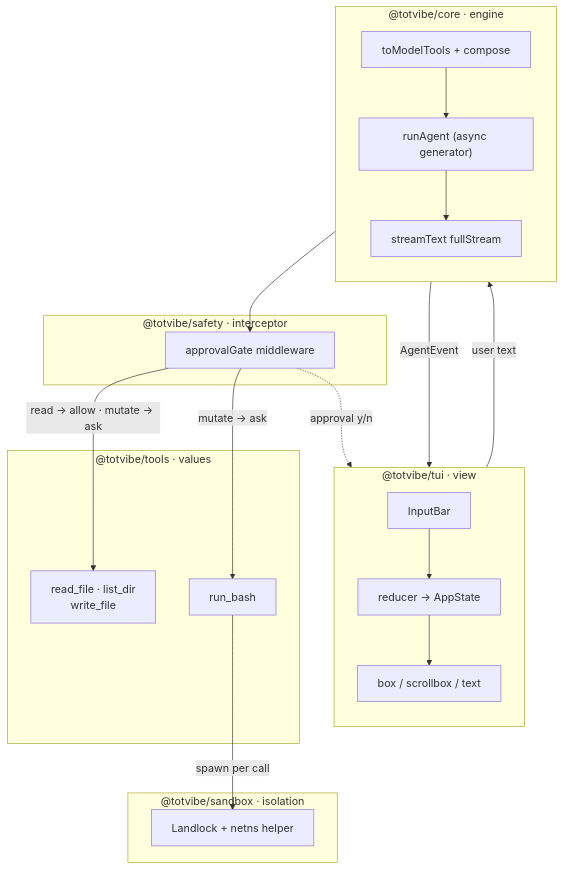
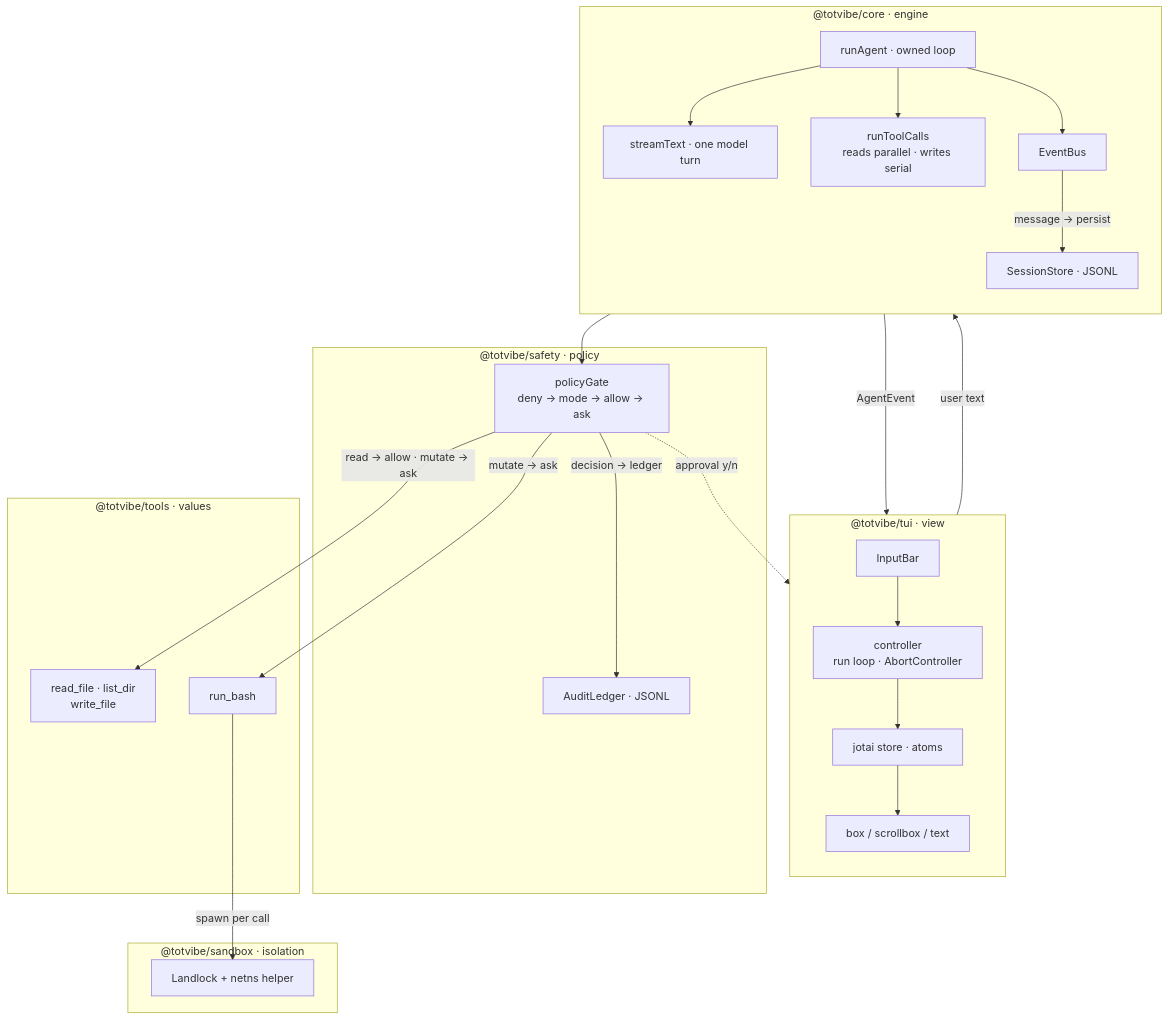
The diagram in README.md (realSergiy/totvibe-agent), drawn with Mermaid before and after one commit. The commit also changed other lines of this file and 61 other files, not shown here.

````diff
--- a/README.md
+++ b/README.md
@@ -107,36 +124,43 @@
 ```mermaid
 flowchart TD
     subgraph tui["@totvibe/tui · view"]
       direction TB
       Input["InputBar"]
-      Reducer["reducer → AppState"]
+      Controller["controller<br/>run loop · AbortController"]
+      Atoms["jotai store · atoms"]
       Render["box / scrollbox / text"]
-      Input --> Reducer --> Render
+      Input --> Controller --> Atoms --> Render
     end
     subgraph core["@totvibe/core · engine"]
       direction TB
-      Loop["runAgent (async generator)"]
-      Stream["streamText fullStream"]
-      Registry["toModelTools + compose"]
+      Loop["runAgent · owned loop"]
+      Stream["streamText · one model turn"]
+      Dispatch["runToolCalls<br/>reads parallel · writes serial"]
+      Bus["EventBus"]
+      Store["SessionStore · JSONL"]
       Loop --> Stream
-      Registry --> Loop
+      Loop --> Dispatch
+      Loop --> Bus
+      Bus -->|"message → persist"| Store
     end
-    subgraph safety["@totvibe/safety · interceptor"]
-      Gate["approvalGate middleware"]
+    subgraph safety["@totvibe/safety · policy"]
+      Gate["policyGate<br/>deny → mode → allow → ask"]
+      Ledger["AuditLedger · JSONL"]
     end
     subgraph tools["@totvibe/tools · values"]
       Builtins["read_file · list_dir<br/>write_file"]
       Bash["run_bash"]
     end
     subgraph sandbox["@totvibe/sandbox · isolation"]
       Helper["Landlock + netns helper"]
     end
 
-    Input -->|user text| Loop
-    Stream -->|AgentEvent| Reducer
-    Registry --> Gate
-    Gate -->|read → allow · mutate → ask| Builtins
-    Gate -->|mutate → ask| Bash
-    Bash -->|spawn per call| Helper
-    Gate -.->|approval y/n| Render
+    Controller -->|"user text"| Loop
+    Bus -->|"AgentEvent"| Controller
+    Dispatch --> Gate
+    Gate -->|"read → allow · mutate → ask"| Builtins
+    Gate -->|"mutate → ask"| Bash
+    Gate -->|"decision → ledger"| Ledger
+    Bash -->|"spawn per call"| Helper
+    Gate -.->|"approval y/n"| Render
 ```
````
